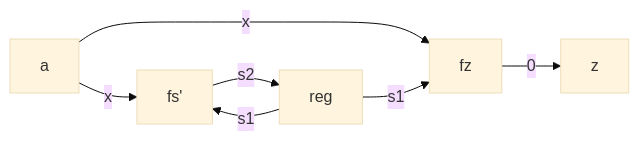
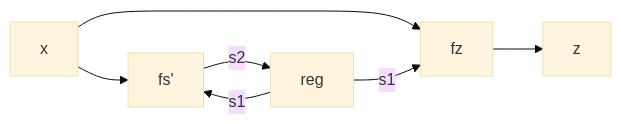
The second of 5 diagrams in Architettura e sistemi operativi/Automi.md (SuperSamus/appunti-universitari), drawn with Mermaid (base theme) before and after one commit. The commit also changed other lines of this file and 1 other file, not shown here.

````diff
--- a/Architettura e sistemi operativi/Automi.md
+++ b/Architettura e sistemi operativi/Automi.md
@@ -27,6 +27,6 @@
 ```mermaid
 flowchart LR
-a --> |x| fs' & fz
+x --> fs' & fz
 fs' --> |s2| reg --> |s1| fs' & fz
-fz --> |0| z
+fz --> z
 ```
````
